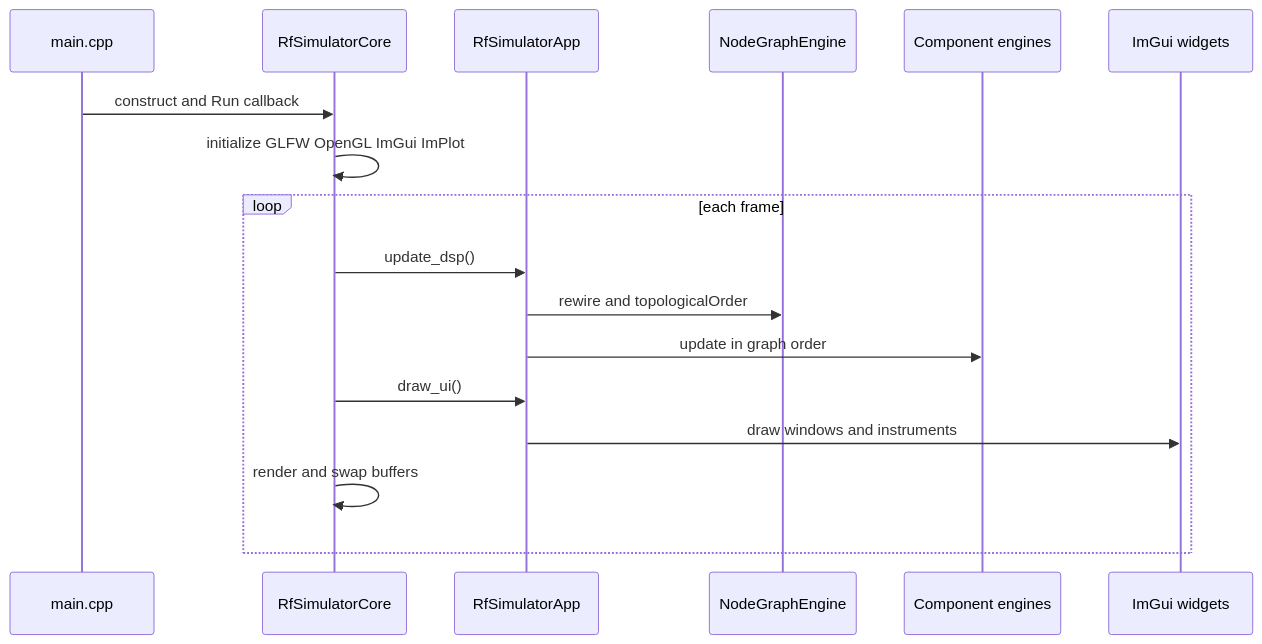
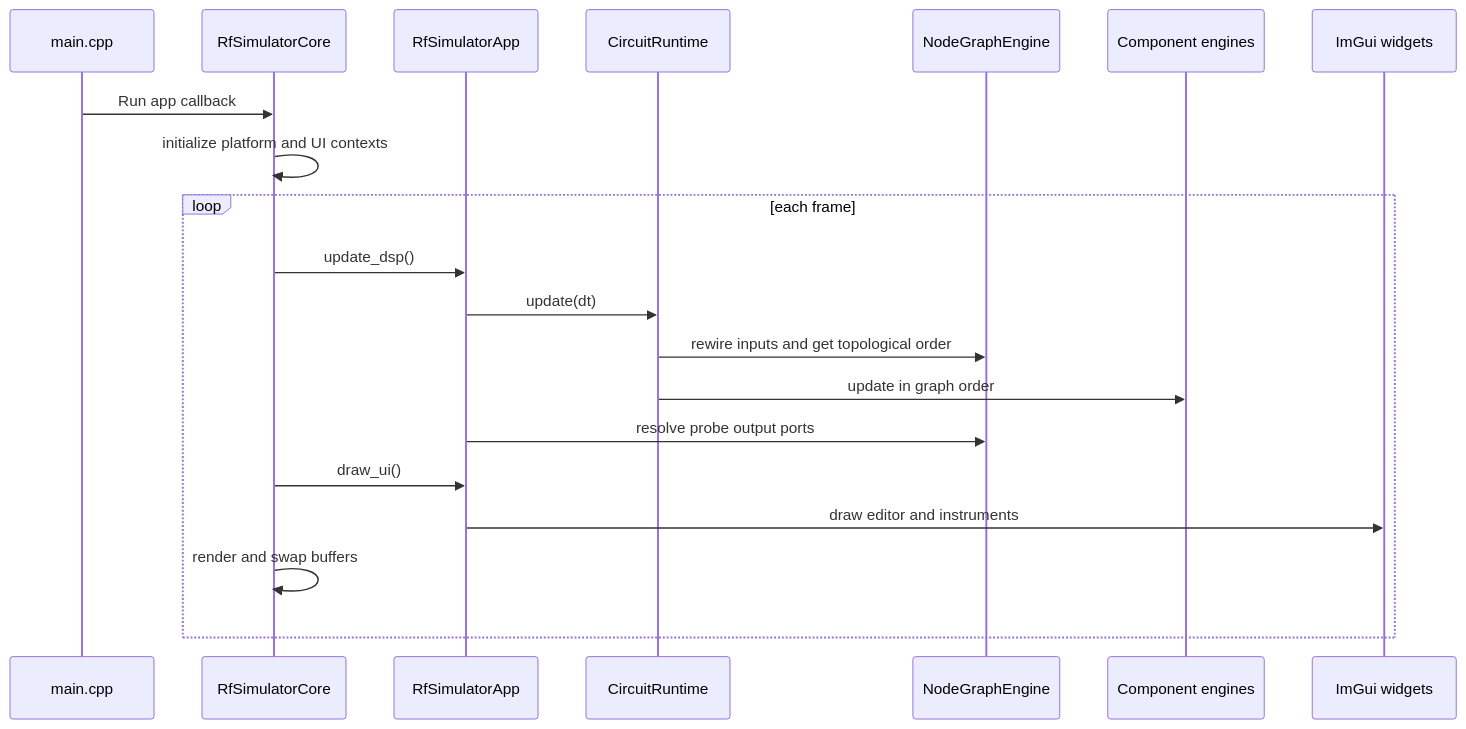
The first of 3 diagrams in openwiki/architecture/overview.md (striderZA/Tiny-RF-Simulator), drawn with Mermaid before and after one commit. The commit also changed other lines of this file and 22 other files, not shown here.

````diff
--- a/openwiki/architecture/overview.md
+++ b/openwiki/architecture/overview.md
@@ -67,19 +81,22 @@
 ```mermaid
 sequenceDiagram
     participant Main as main.cpp
     participant Core as RfSimulatorCore
     participant App as RfSimulatorApp
+    participant Runtime as CircuitRuntime
     participant Graph as NodeGraphEngine
-    participant Engine as Component engines
+    participant Engines as Component engines
     participant UI as ImGui widgets
-    Main->>Core: construct and Run callback
-    Core->>Core: initialize GLFW OpenGL ImGui ImPlot
+    Main->>Core: Run app callback
+    Core->>Core: initialize platform and UI contexts
     loop each frame
         Core->>App: update_dsp()
-        App->>Graph: rewire and topologicalOrder
-        App->>Engine: update in graph order
+        App->>Runtime: update(dt)
+        Runtime->>Graph: rewire inputs and get topological order
+        Runtime->>Engines: update in graph order
+        App->>Graph: resolve probe output ports
         Core->>App: draw_ui()
-        App->>UI: draw windows and instruments
+        App->>UI: draw editor and instruments
         Core->>Core: render and swap buffers
     end
 ```
````
